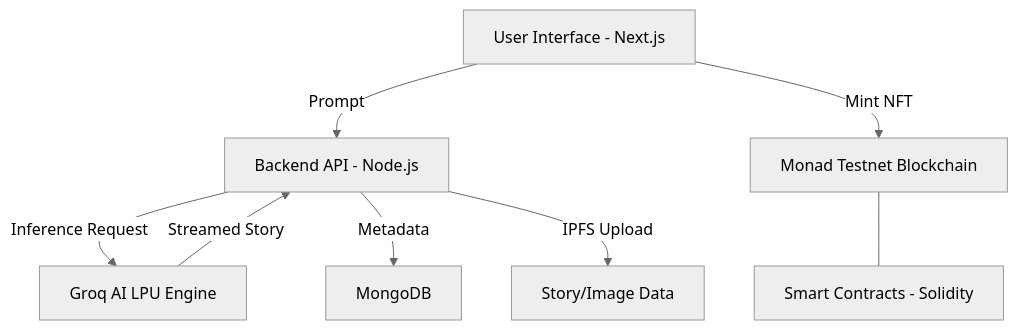
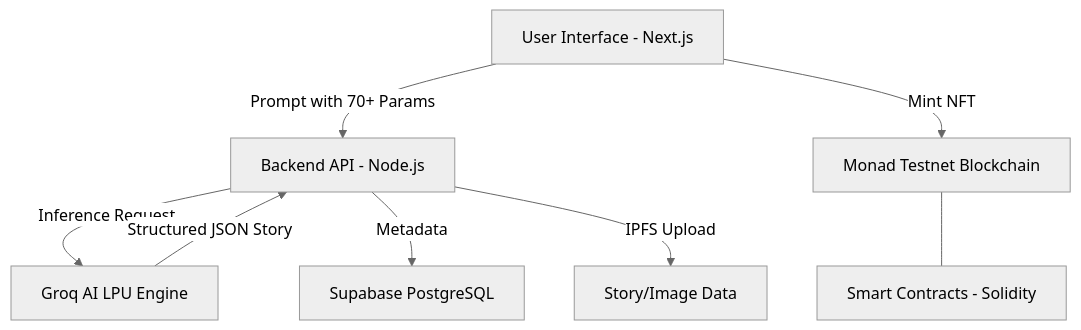
The diagram in README.md (Zombie-Hoards/GroqTalesZombie), drawn with Mermaid (neutral theme) before and after one commit. The commit also changed other lines of this file and 31 other files, not shown here.

Commit message:
Integrate Groq AI for content generation and analysis, and migrate the data layer to Supabase PostgreSQL.

````diff
--- a/README.md
+++ b/README.md
@@ -265,10 +282,10 @@
 ```mermaid
 graph TD
-    A[User Interface - Next.js] -->|Prompt| B[Backend API - Node.js]
+    A[User Interface - Next.js] -->|Prompt with 70+ Params| B[Backend API - Node.js]
     B -->|Inference Request| C[Groq AI LPU Engine]
-    C -->|Streamed Story| B
-    B -->|Metadata| D[MongoDB]
+    C -->|Structured JSON Story| B
+    B -->|Metadata| D[Supabase PostgreSQL]
     B -->|IPFS Upload| E[Story/Image Data]
     A -->|Mint NFT| F[Monad Testnet Blockchain]
     F --- G[Smart Contracts - Solidity]
 ```
````
